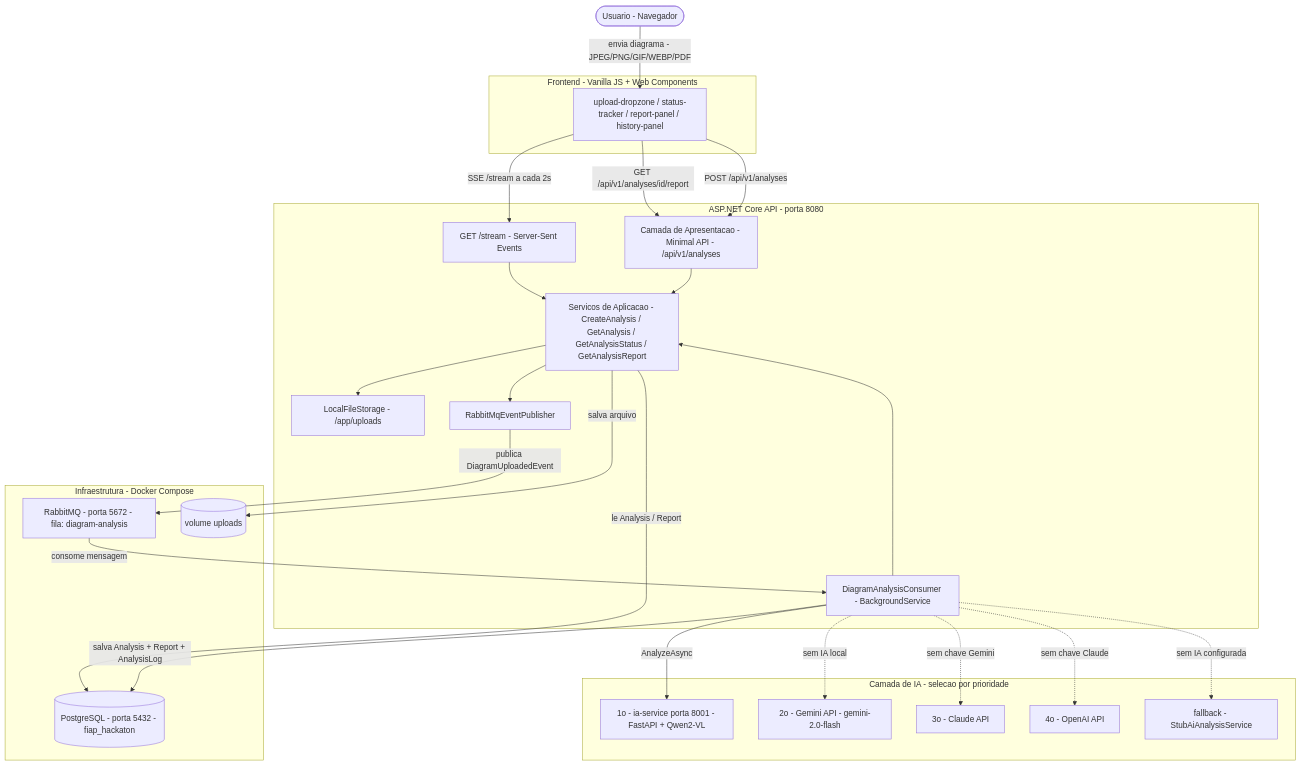
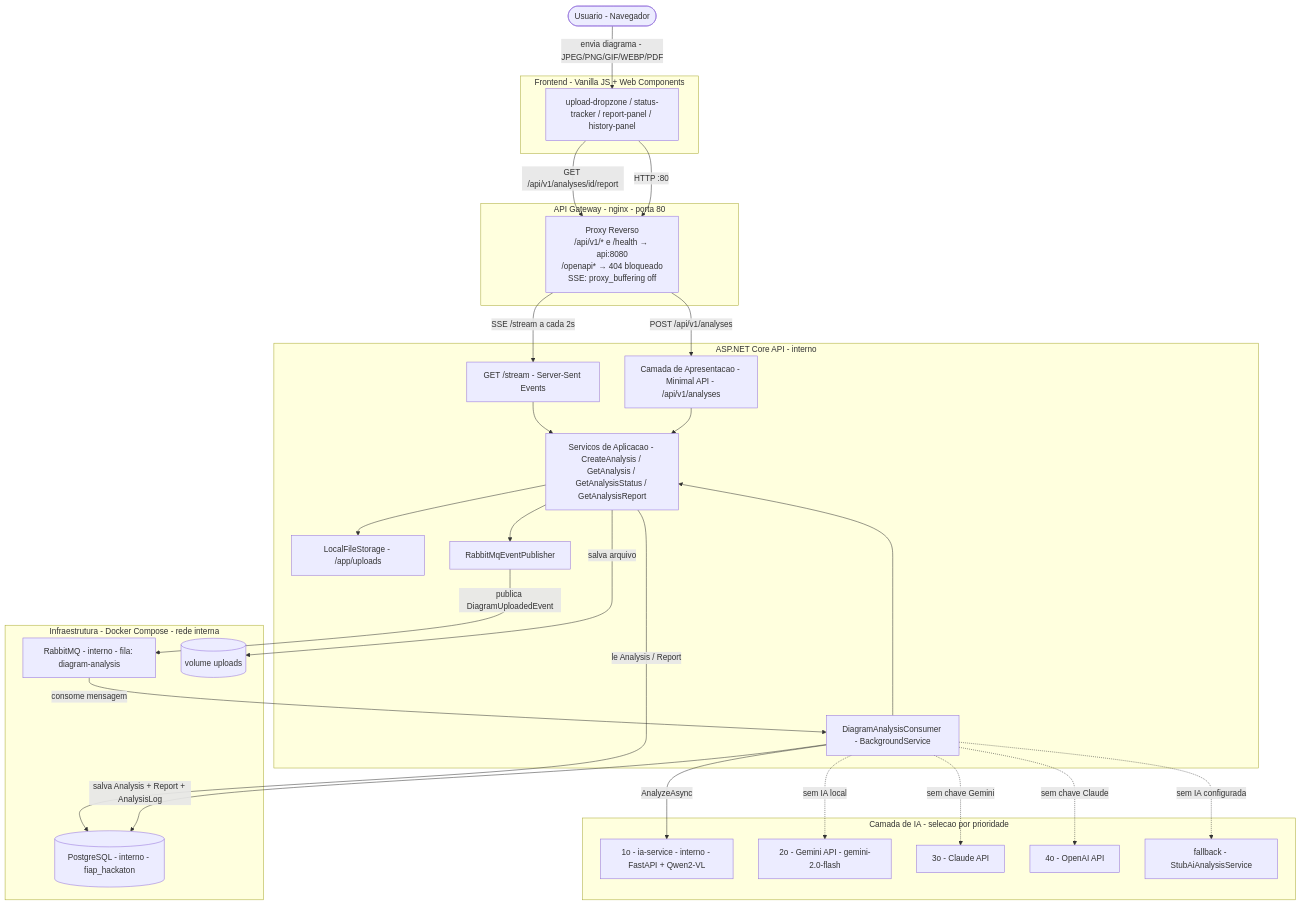
Before and after one commit to GabrSobral/FIAP-Hackaton: the diagram in README.md, drawn with Mermaid. The commit also changed other lines of this file and 24 other files, not shown here.

````diff
--- a/README.md
+++ b/README.md
@@ -115,56 +123,61 @@
 ```mermaid
 flowchart TD
     User(["Usuario - Navegador"])
 
     subgraph Frontend["Frontend - Vanilla JS + Web Components"]
         UI["upload-dropzone / status-tracker / report-panel / history-panel"]
     end
 
-    subgraph API["ASP.NET Core API - porta 8080"]
+    subgraph GW["API Gateway - nginx - porta 80"]
+        NGINX["Proxy Reverso\n/api/v1/* e /health → api:8080\n/openapi* → 404 bloqueado\nSSE: proxy_buffering off"]
+    end
+
+    subgraph API["ASP.NET Core API - interno"]
         EP["Camada de Apresentacao - Minimal API - /api/v1/analyses"]
         SSE["GET /stream - Server-Sent Events"]
         SVC["Servicos de Aplicacao - CreateAnalysis / GetAnalysis / GetAnalysisStatus / GetAnalysisReport"]
         FS["LocalFileStorage - /app/uploads"]
         PUB["RabbitMqEventPublisher"]
         CON["DiagramAnalysisConsumer - BackgroundService"]
 
         EP --> SVC
         SVC --> FS
         SVC --> PUB
         CON --> SVC
     end
 
-    subgraph Infra["Infraestrutura - Docker Compose"]
-        MQ["RabbitMQ - porta 5672 - fila: diagram-analysis"]
-        DB[("PostgreSQL - porta 5432 - fiap_hackaton")]
+    subgraph Infra["Infraestrutura - Docker Compose - rede interna"]
+        MQ["RabbitMQ - interno - fila: diagram-analysis"]
+        DB[("PostgreSQL - interno - fiap_hackaton")]
         VOL[("volume uploads")]
     end
 
     subgraph AILayer["Camada de IA - selecao por prioridade"]
-        LOCAL["1o - ia-service porta 8001 - FastAPI + Qwen2-VL"]
+        LOCAL["1o - ia-service - interno - FastAPI + Qwen2-VL"]
         GEMINI["2o - Gemini API - gemini-2.0-flash"]
         CLAUDE["3o - Claude API"]
         OPENAI["4o - OpenAI API"]
         STUB["fallback - StubAiAnalysisService"]
     end
 
     User -->|"envia diagrama - JPEG/PNG/GIF/WEBP/PDF"| UI
-    UI -->|"POST /api/v1/analyses"| EP
-    UI -->|"SSE /stream a cada 2s"| SSE
+    UI -->|"HTTP :80"| NGINX
+    NGINX -->|"POST /api/v1/analyses"| EP
+    NGINX -->|"SSE /stream a cada 2s"| SSE
     SSE --> SVC
 
     SVC -->|"salva arquivo"| VOL
     PUB -->|"publica DiagramUploadedEvent"| MQ
     MQ -->|"consome mensagem"| CON
 
     CON -->|"AnalyzeAsync"| LOCAL
     CON -.->|"sem IA local"| GEMINI
     CON -.->|"sem chave Gemini"| CLAUDE
     CON -.->|"sem chave Claude"| OPENAI
     CON -.->|"sem IA configurada"| STUB
 
     CON -->|"salva Analysis + Report + AnalysisLog"| DB
     SVC -->|"le Analysis / Report"| DB
 
-    UI -->|"GET /api/v1/analyses/id/report"| EP
+    UI -->|"GET /api/v1/analyses/id/report"| NGINX
 ```
````
